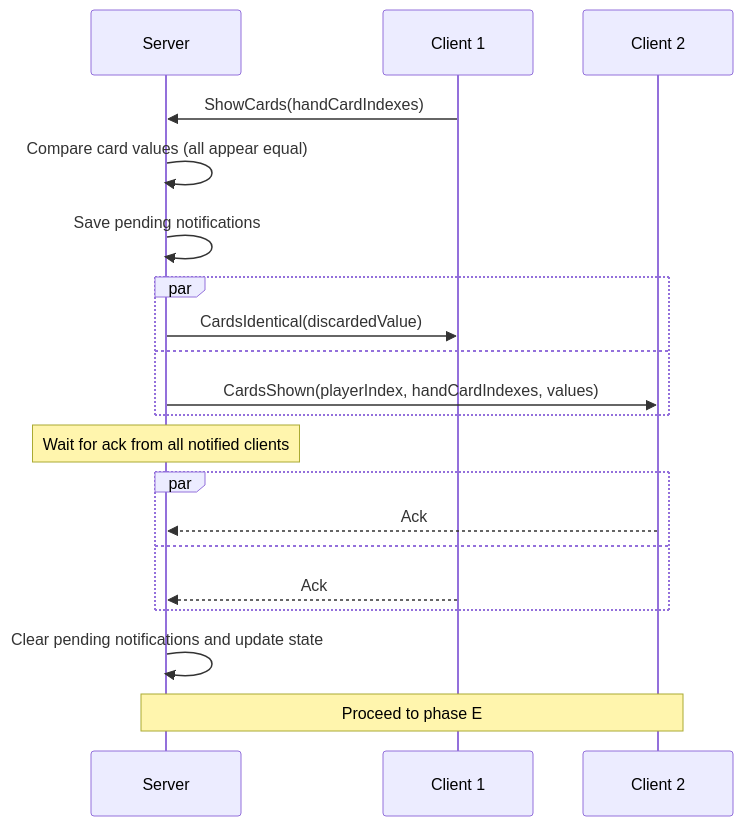
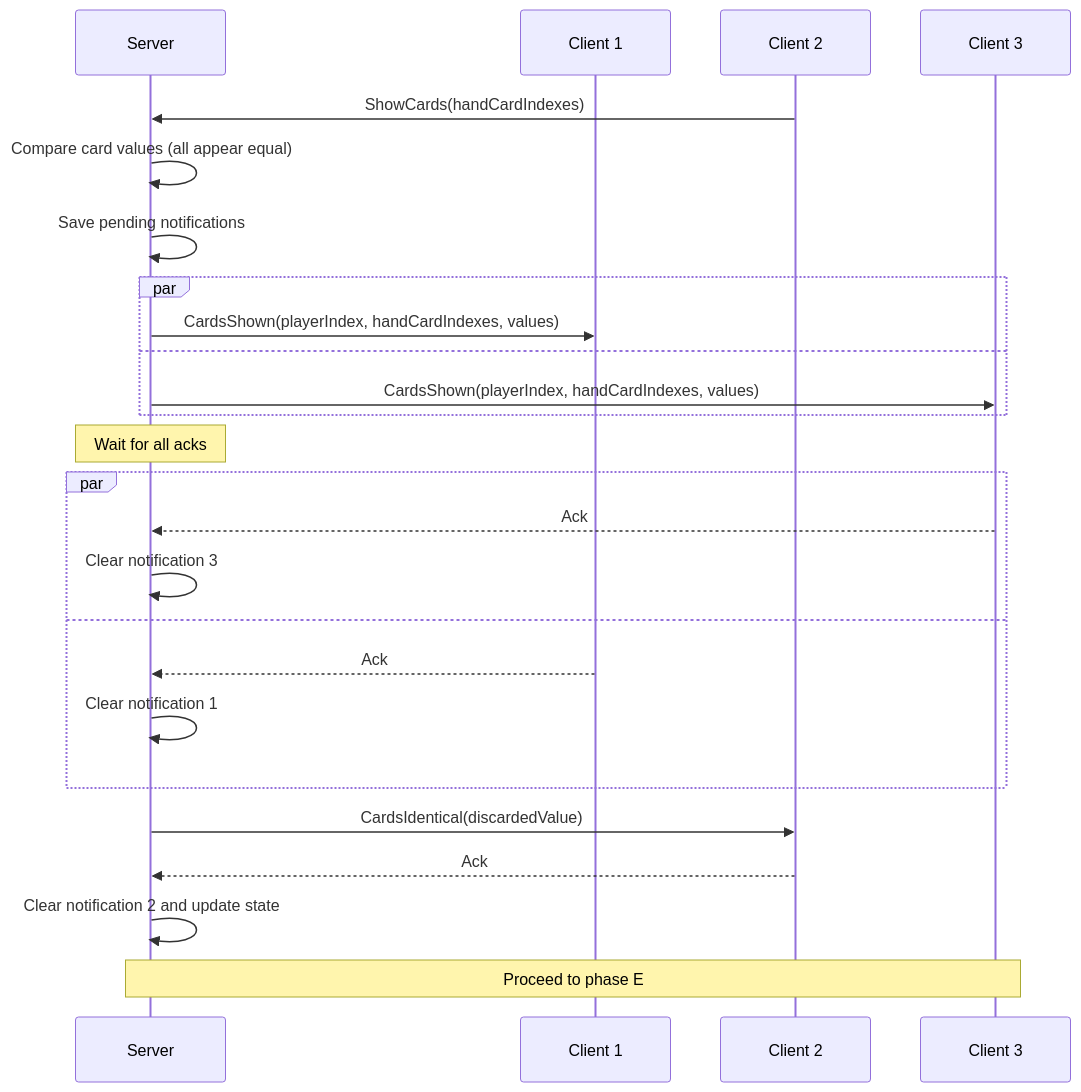
Before and after one commit to roman-zubarevich/another: the sixth of 15 diagrams in README.md, drawn with Mermaid. The commit also changed other lines of this file, not shown here.

````diff
--- a/README.md
+++ b/README.md
@@ -140,22 +162,27 @@
 ```mermaid
 sequenceDiagram
     participant S as Server
     participant C1 as Client 1
     participant C2 as Client 2
-    C1->>S: ShowCards(handCardIndexes)
+    participant C3 as Client 3
+    C2->>S: ShowCards(handCardIndexes)
     S->>S: Compare card values (all appear equal)
     S->>S: Save pending notifications
     par
-        S->>C1: CardsIdentical(discardedValue)
+        S->>C1: CardsShown(playerIndex, handCardIndexes, values)
     and
-        S->>C2: CardsShown(playerIndex, handCardIndexes, values)
+        S->>C3: CardsShown(playerIndex, handCardIndexes, values)
     end
-    Note over S: Wait for ack from all notified clients
+    Note over S: Wait for all acks
     par
-        C2-->>S: Ack
+        C3-->>S: Ack
+        S->>S: Clear notification 3
     and
         C1-->>S: Ack
+        S->>S: Clear notification 1
     end
-    S->>S: Clear pending notifications and update state
-    Note over S,C2: Proceed to phase E
+    S->>C2: CardsIdentical(discardedValue)
+    C2-->>S: Ack
+    S->>S: Clear notification 2 and update state
+    Note over S,C3: Proceed to phase E
 ```
````
